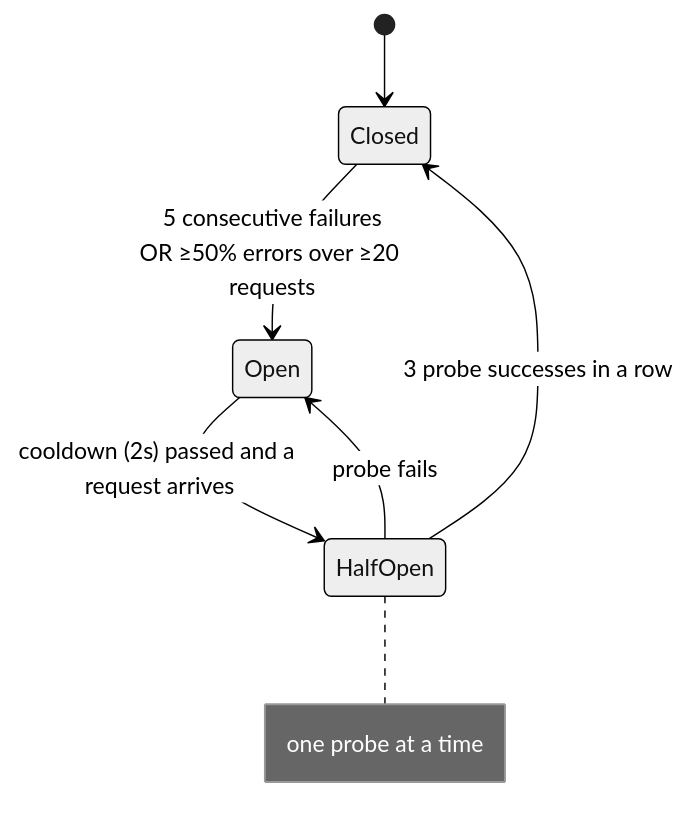
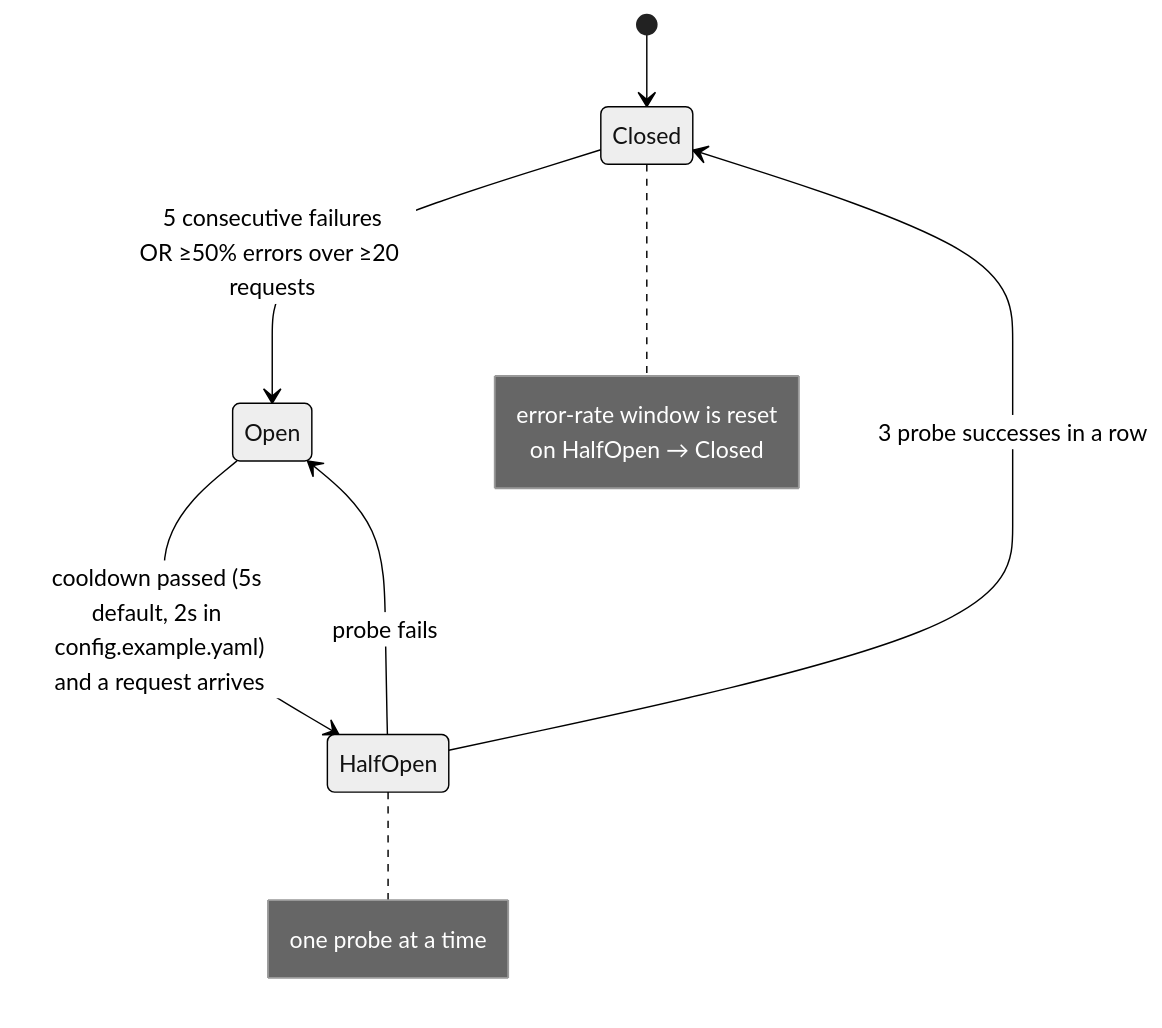
The fourth of 4 diagrams in docs/ARCHITECTURE.md (ris1899/llmgateway), drawn with Mermaid (neutral theme) before and after one commit. The commit also changed other lines of this file and 4 other files, not shown here.

````diff
--- a/docs/ARCHITECTURE.md
+++ b/docs/ARCHITECTURE.md
@@ -152,9 +132,10 @@
 ```mermaid
 stateDiagram-v2
     [*] --> Closed
     Closed --> Open: 5 consecutive failures<br/>OR ≥50% errors over ≥20 requests
-    Open --> HalfOpen: cooldown (2s) passed and a request arrives
+    Open --> HalfOpen: cooldown passed (5s default, 2s in config.example.yaml)<br/>and a request arrives
     HalfOpen --> Closed: 3 probe successes in a row
     HalfOpen --> Open: probe fails
     note right of HalfOpen: one probe at a time
+    note right of Closed: error-rate window is reset<br/>on HalfOpen → Closed
 ```
````
